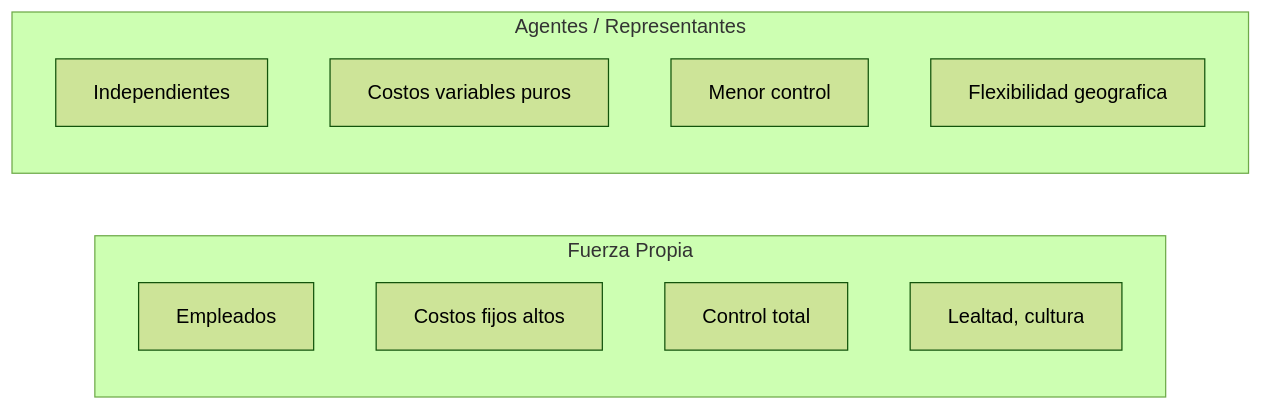
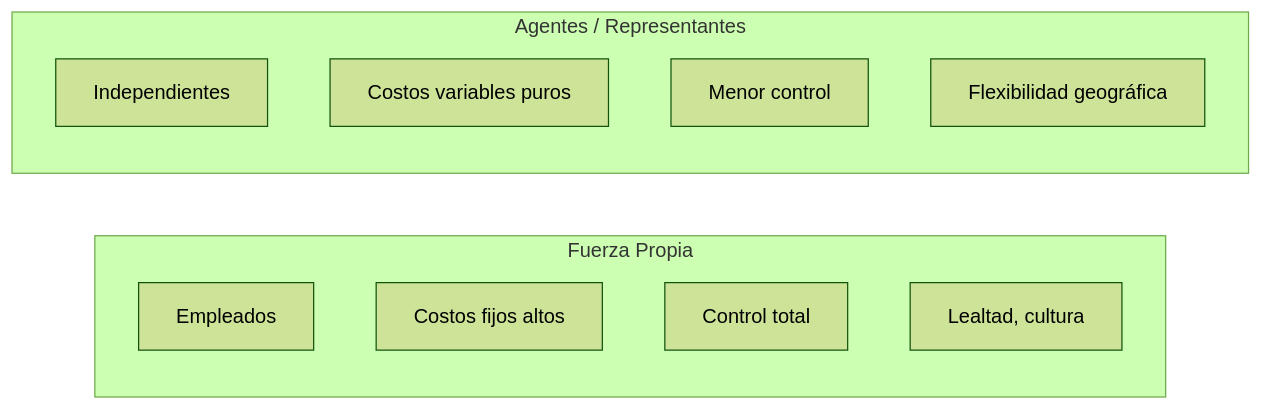
One commit to Mateo-404/AGI changed the second of 2 diagrams in contenido/gestion-ventas/lecciones/l3-1.md. Above: the diagram before and after it, drawn with Mermaid (forest theme). The commit also changed other lines of this file and 51 other files, not shown here.

First line of the commit message:
gestion-ventas: fix mermaid diagrams, referencias format, and interactive blocks

````diff
--- a/contenido/gestion-ventas/lecciones/l3-1.md
+++ b/contenido/gestion-ventas/lecciones/l3-1.md
@@ -71,15 +73,15 @@
 ```mermaid Fuerza propia vs. Agentes
 flowchart LR
   subgraph Propia[Fuerza Propia]
     P1[Empleados]
     P2[Costos fijos altos]
     P3[Control total]
     P4[Lealtad, cultura]
   end
   subgraph Agentes[Agentes / Representantes]
     A1[Independientes]
     A2[Costos variables puros]
     A3[Menor control]
-    A4[Flexibilidad geografica]
+    A4[Flexibilidad geográfica]
   end
 ```
````
